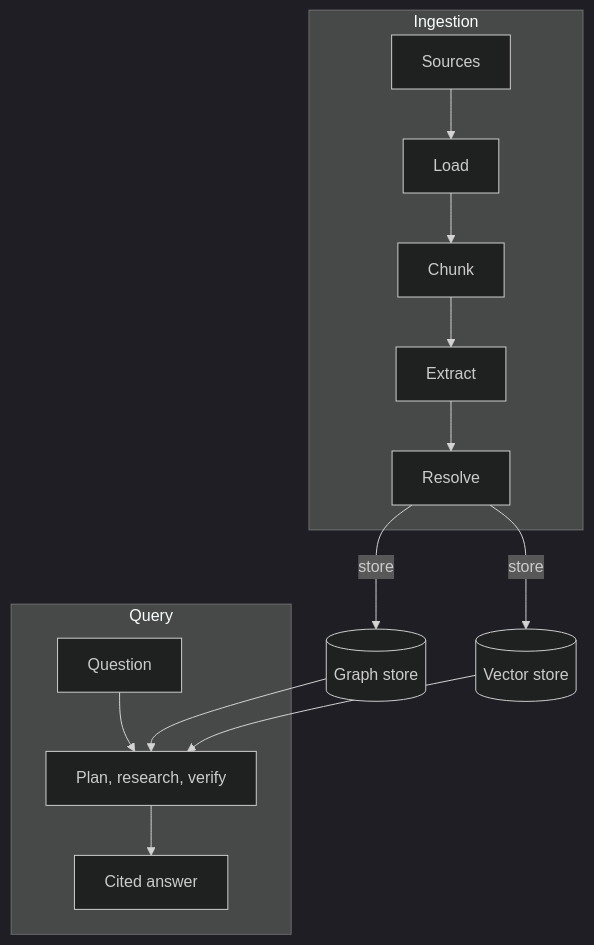
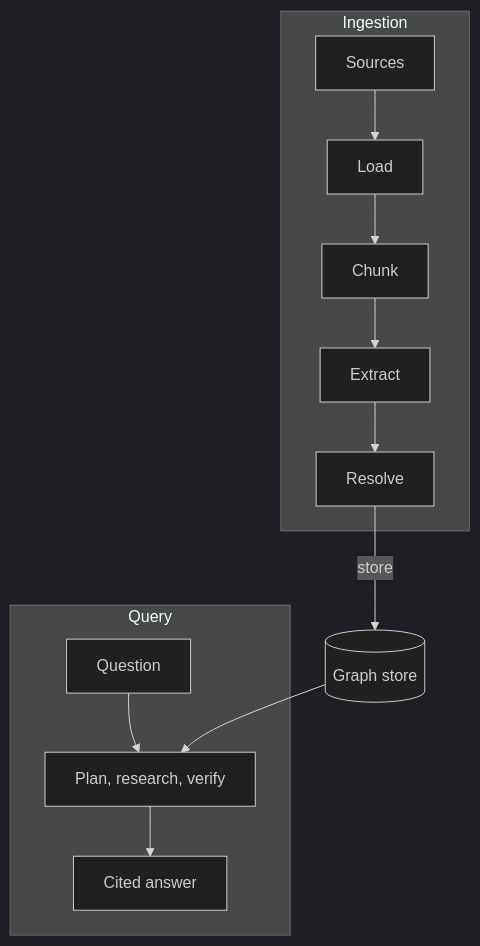
Before and after one commit to ontogr/agentic-graphrag: the diagram in docs/docs/concepts/architecture.mdx, drawn with Mermaid (dark theme). The commit also changed other lines of this file and 120 other files, not shown here.

````diff
--- a/docs/docs/concepts/architecture.mdx
+++ b/docs/docs/concepts/architecture.mdx
@@ -21,17 +21,15 @@
 ```mermaid
 flowchart TD
     subgraph Ingestion
         S[Sources] --> L[Load]
         L --> C[Chunk]
         C --> X[Extract]
         X --> R[Resolve]
     end
     R -->|store| G[(Graph store)]
-    R -->|store| V[(Vector store)]
     subgraph Query
         Q[Question] --> AG[Plan, research, verify]
         AG --> A[Cited answer]
     end
     G --> AG
-    V --> AG
 ```
````
